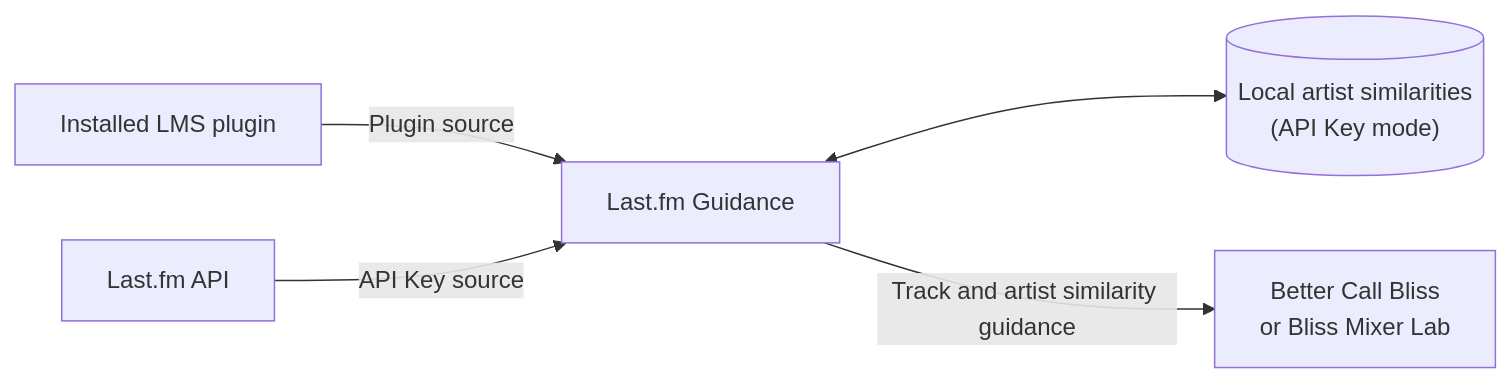
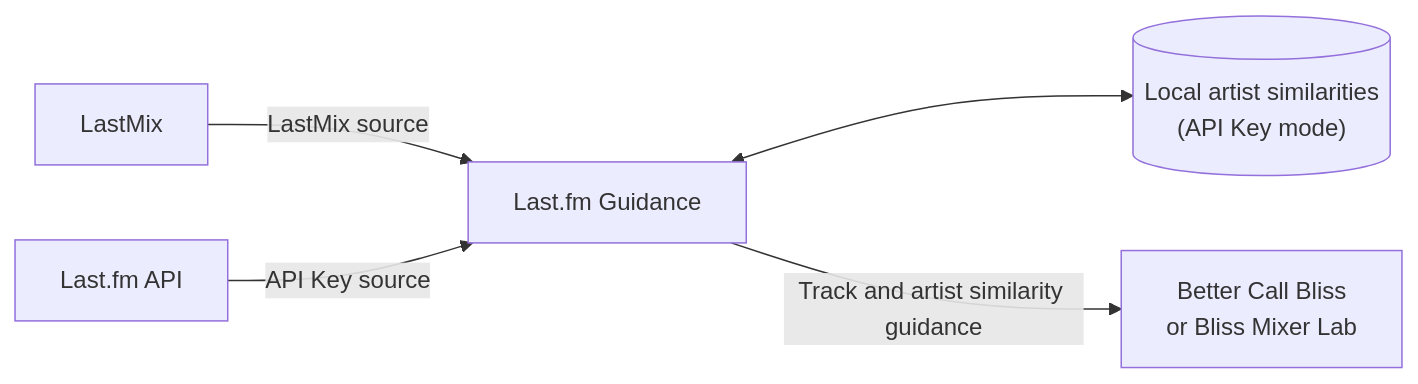
The diagram in README.md (chrober/lms-guidance-lastfm), drawn with Mermaid before and after one commit. The commit also changed other lines of this file, not shown here.

````diff
--- a/README.md
+++ b/README.md
@@ -153,7 +153,7 @@
 ```mermaid
 flowchart LR
-    External["Installed LMS plugin"] -->|"Plugin source"| Provider["Last.fm Guidance"]
+    LastMix["LastMix"] -->|"LastMix source"| Provider["Last.fm Guidance"]
     API["Last.fm API"] -->|"API Key source"| Provider
     Provider <--> Cache[("Local artist similarities<br/>(API Key mode)")]
     Provider -->|"Track and artist similarity guidance"| Host["Better Call Bliss<br/>or Bliss Mixer Lab"]
 ```
````
